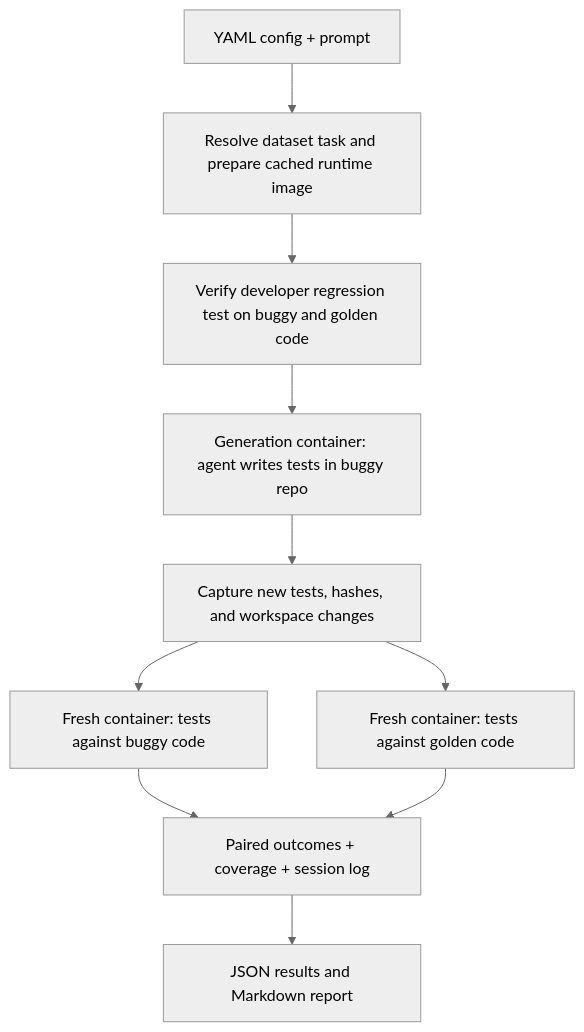
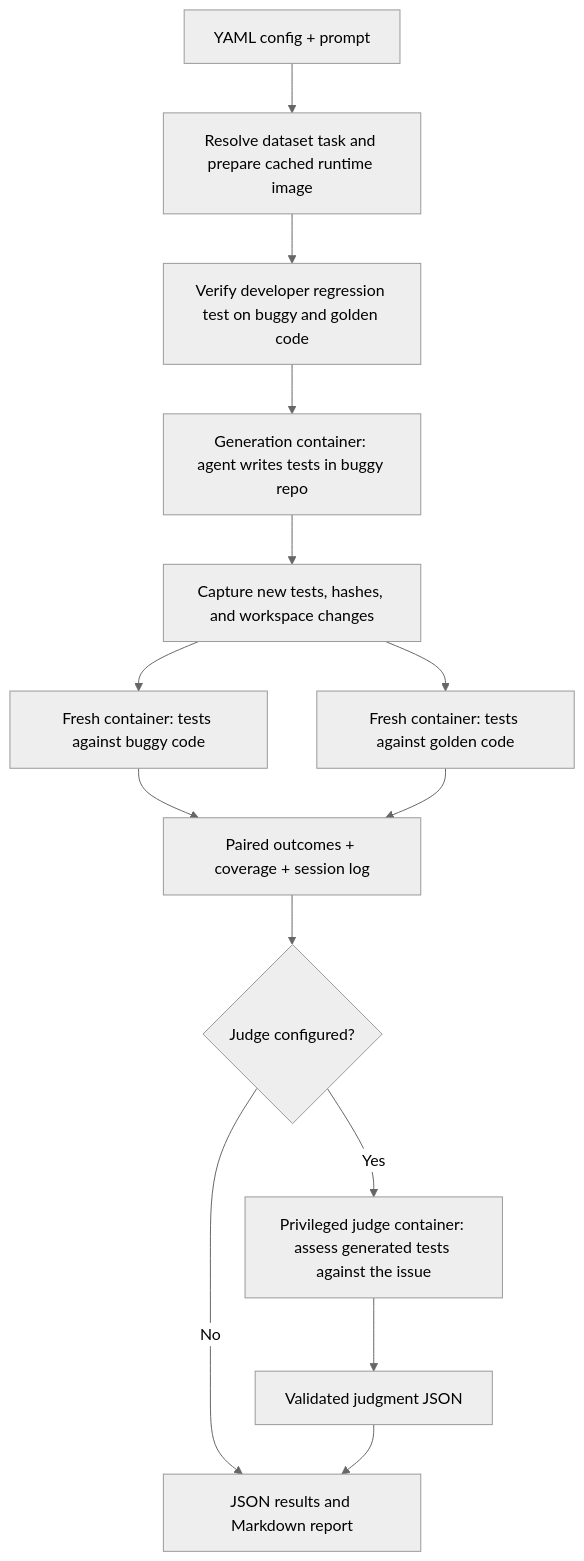
The diagram in README.md (JayOrten/oracle-bench), drawn with Mermaid (neutral theme) before and after one commit. The commit also changed other lines of this file and 142 other files, not shown here.

````diff
--- a/README.md
+++ b/README.md
@@ -37,12 +34,16 @@
 ```mermaid
 flowchart TD
     Config["YAML config + prompt"] --> Prepare["Resolve dataset task and prepare cached runtime image"]
     Prepare --> Reference["Verify developer regression test on buggy and golden code"]
     Reference --> Agent["Generation container: agent writes tests in buggy repo"]
     Agent --> Capture["Capture new tests, hashes, and workspace changes"]
     Capture --> Buggy["Fresh container: tests against buggy code"]
     Capture --> Golden["Fresh container: tests against golden code"]
     Buggy --> Results["Paired outcomes + coverage + session log"]
     Golden --> Results
-    Results --> Report["JSON results and Markdown report"]
+    Results --> JudgeEnabled{"Judge configured?"}
+    JudgeEnabled -- Yes --> Judge["Privileged judge container: assess generated tests against the issue"]
+    JudgeEnabled -- No --> Report["JSON results and Markdown report"]
+    Judge --> Judgment["Validated judgment JSON"]
+    Judgment --> Report
 ```
````
